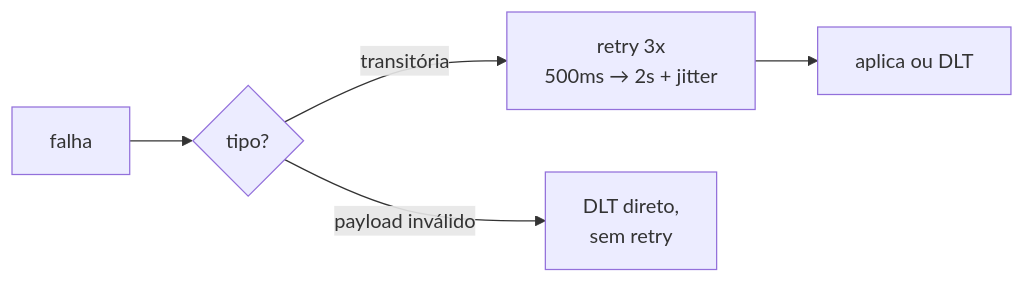
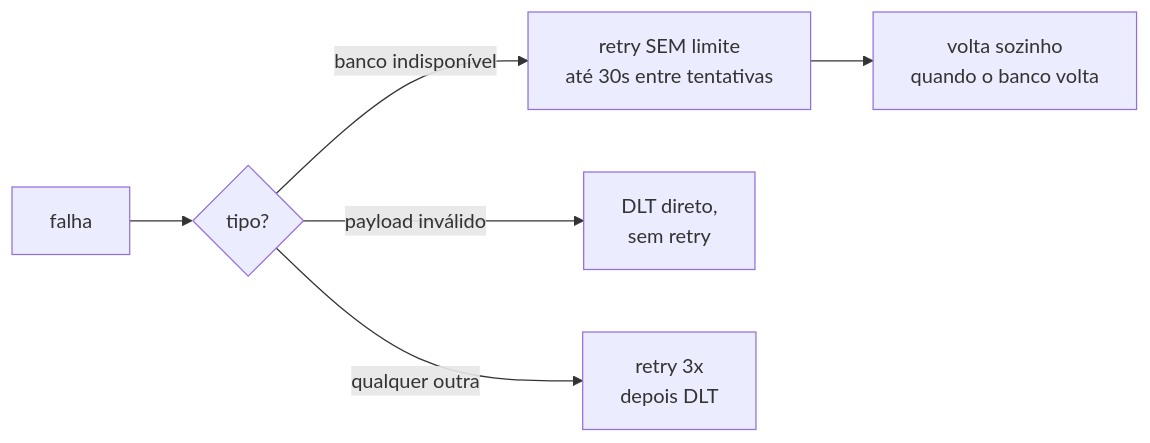
The third of 3 diagrams in README.md (gamaximo/itau-desafio-consulta-saldo), drawn with Mermaid before and after one commit. The commit also changed other lines of this file and 2 other files, not shown here.

````diff
--- a/README.md
+++ b/README.md
@@ -136,7 +136,8 @@
 ```mermaid
 flowchart LR
     F[falha] --> T{tipo?}
-    T -->|transitória| R[retry 3x<br/>500ms → 2s + jitter]
-    R --> S[aplica ou DLT]
-    T -->|payload inválido| DLT[DLT direto,<br/>sem retry]
+    T -->|banco indisponível| I[retry SEM limite<br/>até 30s entre tentativas]
+    I --> V[volta sozinho<br/>quando o banco volta]
+    T -->|payload inválido| D[DLT direto,<br/>sem retry]
+    T -->|qualquer outra| B[retry 3x<br/>depois DLT]
 ```
````
